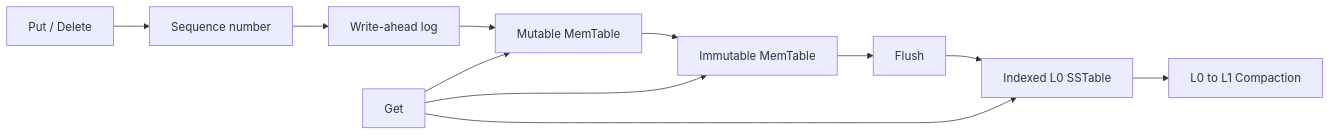
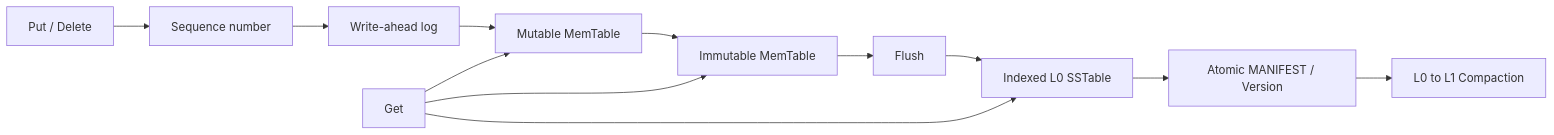
One commit to tdkjsmr/MiniKV-Storage-Engine changed the diagram in README.md. Above: the diagram before and after it, drawn with Mermaid. The commit also changed other lines of this file and 11 other files, not shown here.

Commit message:
feat: add V5 manifest version publication

````diff
--- a/README.md
+++ b/README.md
@@ -206,14 +266,15 @@
 ```mermaid
 flowchart LR
     W[Put / Delete] --> Q[Sequence number]
     Q --> L[Write-ahead log]
     L --> M[Mutable MemTable]
     M --> I[Immutable MemTable]
     I --> F[Flush]
     F --> S[Indexed L0 SSTable]
-    S --> C[L0 to L1 Compaction]
+    S --> V[Atomic MANIFEST / Version]
+    V --> C[L0 to L1 Compaction]
 
     R[Get] --> M
     R --> I
     R --> S
 ```
````
